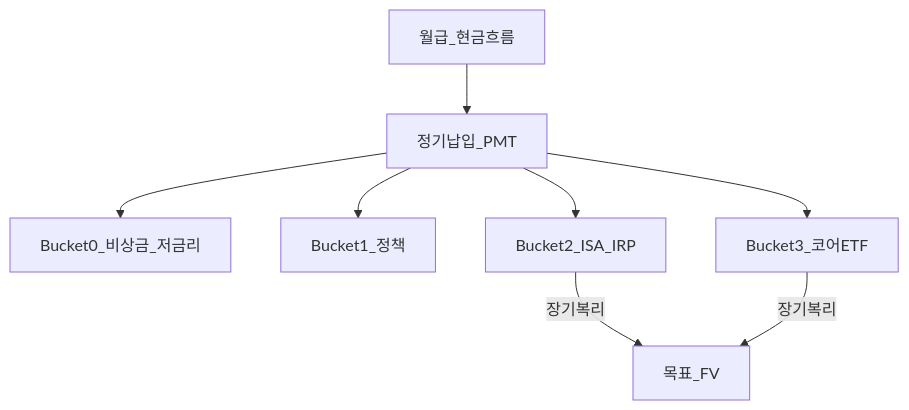
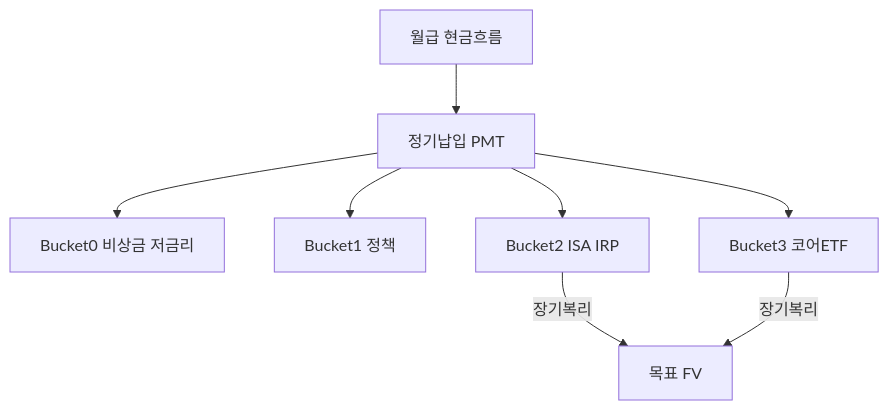
The second of 2 diagrams in 01-foundations/compound-interest-and-time-value.md (goldanghenry/Finances), drawn with Mermaid before and after one commit. The commit also changed other lines of this file and 211 other files, not shown here.

````diff
--- a/01-foundations/compound-interest-and-time-value.md
+++ b/01-foundations/compound-interest-and-time-value.md
@@ -117,10 +125,10 @@
 ```mermaid
 flowchart TB
-  CF[월급_현금흐름] --> PMT[정기납입_PMT]
-  PMT --> B0[Bucket0_비상금_저금리]
-  PMT --> B1[Bucket1_정책]
-  PMT --> B2[Bucket2_ISA_IRP]
-  PMT --> B3[Bucket3_코어ETF]
-  B2 -->|장기복리| FV[목표_FV]
+  CF["월급 현금흐름"] --> PMT["정기납입 PMT"]
+  PMT --> B0["Bucket0 비상금 저금리"]
+  PMT --> B1["Bucket1 정책"]
+  PMT --> B2["Bucket2 ISA IRP"]
+  PMT --> B3["Bucket3 코어ETF"]
+  B2 -->|장기복리| FV["목표 FV"]
   B3 -->|장기복리| FV
 ```
````
